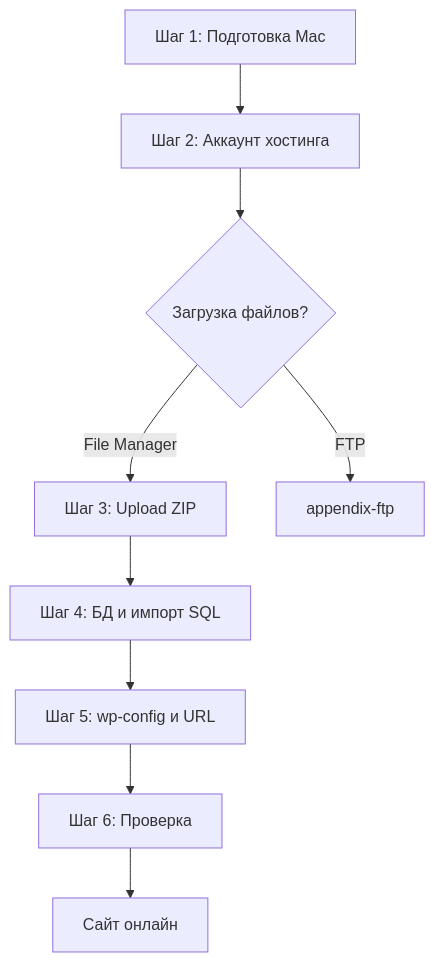
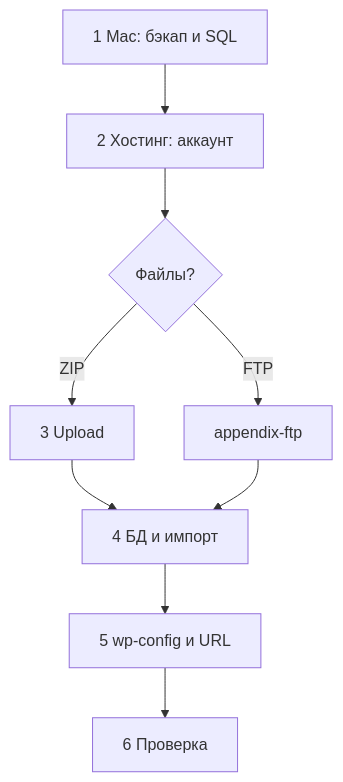
Before and after one commit to aleksandr-mazhul/mamp-wordpress-guide: the diagram in docs/migrate/README.md, drawn with Mermaid. The commit also changed other lines of this file and 16 other files, not shown here.

````diff
--- a/docs/migrate/README.md
+++ b/docs/migrate/README.md
@@ -22,11 +18,11 @@
 ```mermaid
 flowchart TD
-    start[Шаг 1: Подготовка Mac] --> h[Шаг 2: Аккаунт хостинга]
-    h --> fork{Загрузка файлов?}
-    fork -->|File Manager| u[Шаг 3: Upload ZIP]
+    s1[1 Mac: бэкап и SQL] --> s2[2 Хостинг: аккаунт]
+    s2 --> fork{Файлы?}
+    fork -->|ZIP| s3[3 Upload]
     fork -->|FTP| ftp[appendix-ftp]
-    u --> d[Шаг 4: БД и импорт SQL]
-    d --> c[Шаг 5: wp-config и URL]
-    c --> ok[Шаг 6: Проверка]
-    ok --> done[Сайт онлайн]
+    s3 --> s4[4 БД и импорт]
+    ftp --> s4
+    s4 --> s5[5 wp-config и URL]
+    s5 --> s6[6 Проверка]
 ```
````
